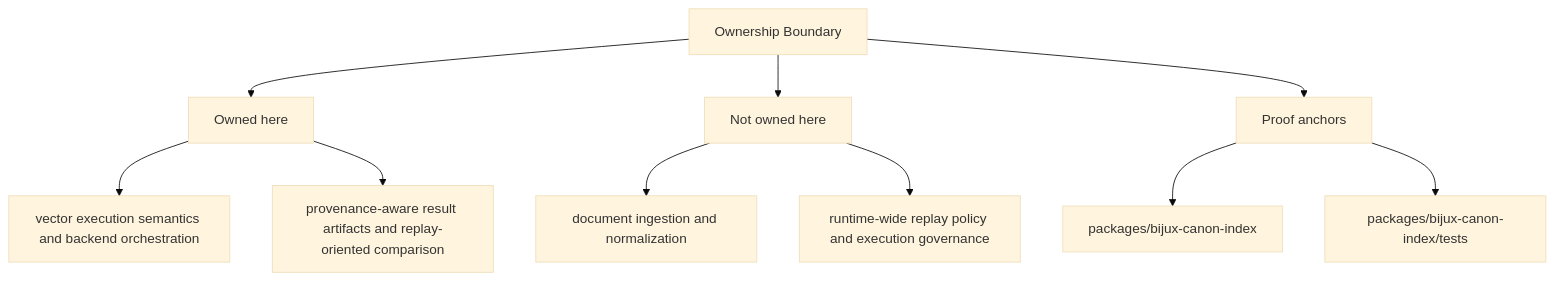
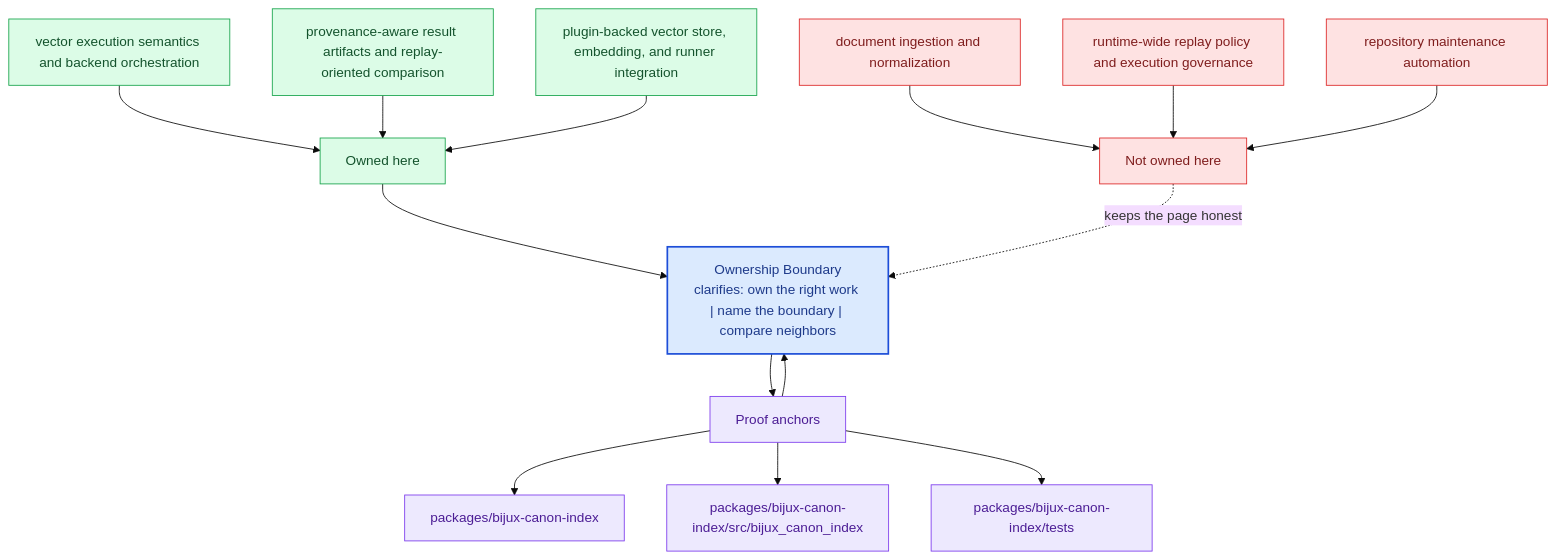
Before and after one commit to bijux/bijux-canon: the second of 2 diagrams in docs/bijux-canon-index/foundation/ownership-boundary.md, drawn with Mermaid (base theme). The commit also changed other lines of this file and 281 other files, not shown here.

Commit message:
docs(diagrams): deepen handbook mermaid maps across the catalog

````diff
--- a/docs/bijux-canon-index/foundation/ownership-boundary.md
+++ b/docs/bijux-canon-index/foundation/ownership-boundary.md
@@ -35,22 +68,40 @@
 ```mermaid
-flowchart TD
-    page["Ownership Boundary"]
+flowchart TB
+    promise["Ownership Boundary<br/>clarifies: own the right work | name the boundary | compare neighbors"]
+    classDef promise fill:#dbeafe,stroke:#1d4ed8,color:#1e3a8a,stroke-width:2px;
+    classDef driver fill:#dcfce7,stroke:#16a34a,color:#14532d;
+    classDef constraint fill:#fee2e2,stroke:#dc2626,color:#7f1d1d;
+    classDef ground fill:#ede9fe,stroke:#7c3aed,color:#4c1d95;
     focus1["Owned here"]
-    page --> focus1
+    focus1 --> promise
     focus1_1["vector execution semantics and backend orchestration"]
-    focus1 --> focus1_1
+    focus1_1 --> focus1
     focus1_2["provenance-aware result artifacts and replay-oriented comparison"]
-    focus1 --> focus1_2
+    focus1_2 --> focus1
+    focus1_3["plugin-backed vector store, embedding, and runner integration"]
+    focus1_3 --> focus1
+    class focus1 driver;
+    class focus1_1,focus1_2,focus1_3 driver;
     focus2["Not owned here"]
-    page --> focus2
+    focus2 -.keeps the page honest.-> promise
     focus2_1["document ingestion and normalization"]
-    focus2 --> focus2_1
+    focus2_1 --> focus2
     focus2_2["runtime-wide replay policy and execution governance"]
-    focus2 --> focus2_2
+    focus2_2 --> focus2
+    focus2_3["repository maintenance automation"]
+    focus2_3 --> focus2
+    class focus2 constraint;
+    class focus2_1,focus2_2,focus2_3 constraint;
     focus3["Proof anchors"]
-    page --> focus3
+    focus3 --> promise
+    promise --> focus3
     focus3_1["packages/bijux-canon-index"]
     focus3 --> focus3_1
-    focus3_2["packages/bijux-canon-index/tests"]
+    focus3_2["packages/bijux-canon-index/src/bijux_canon_index"]
     focus3 --> focus3_2
+    focus3_3["packages/bijux-canon-index/tests"]
+    focus3 --> focus3_3
+    class focus3 ground;
+    class focus3_1,focus3_2,focus3_3 ground;
+    class promise promise;
 ```
````
